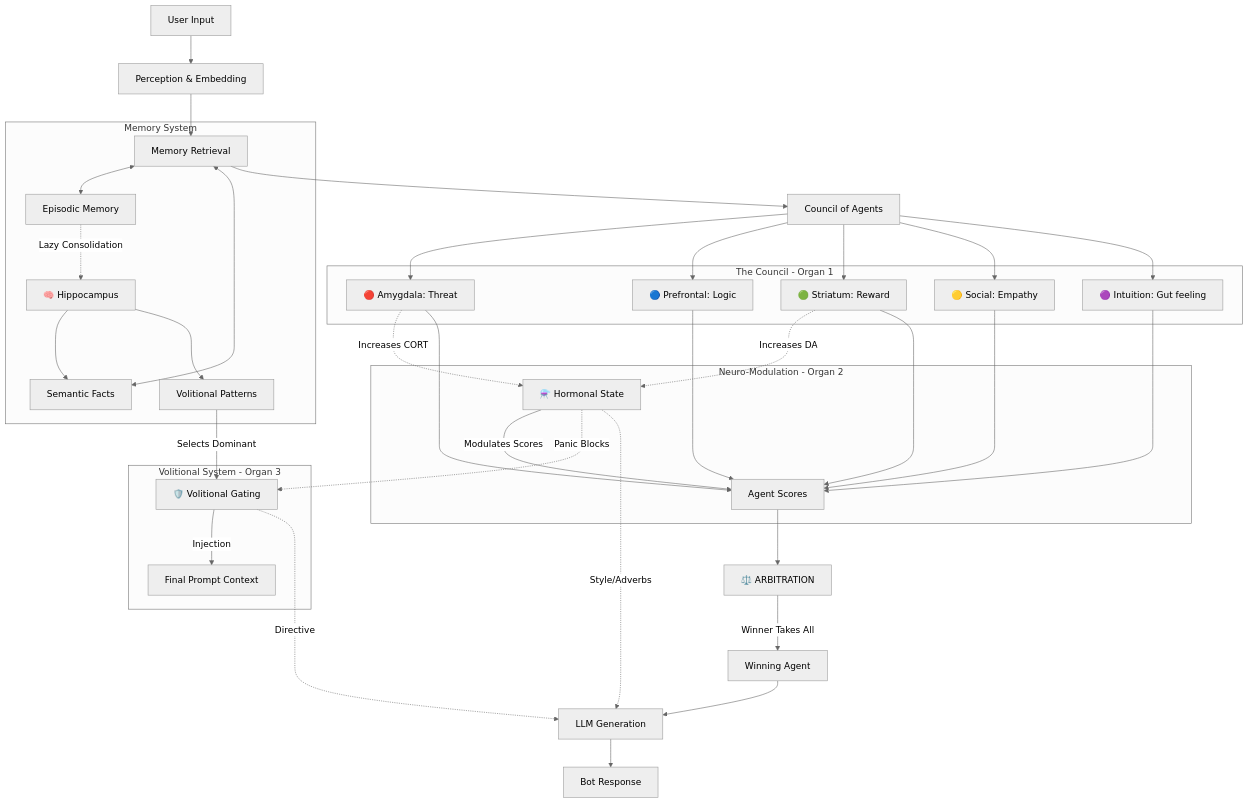
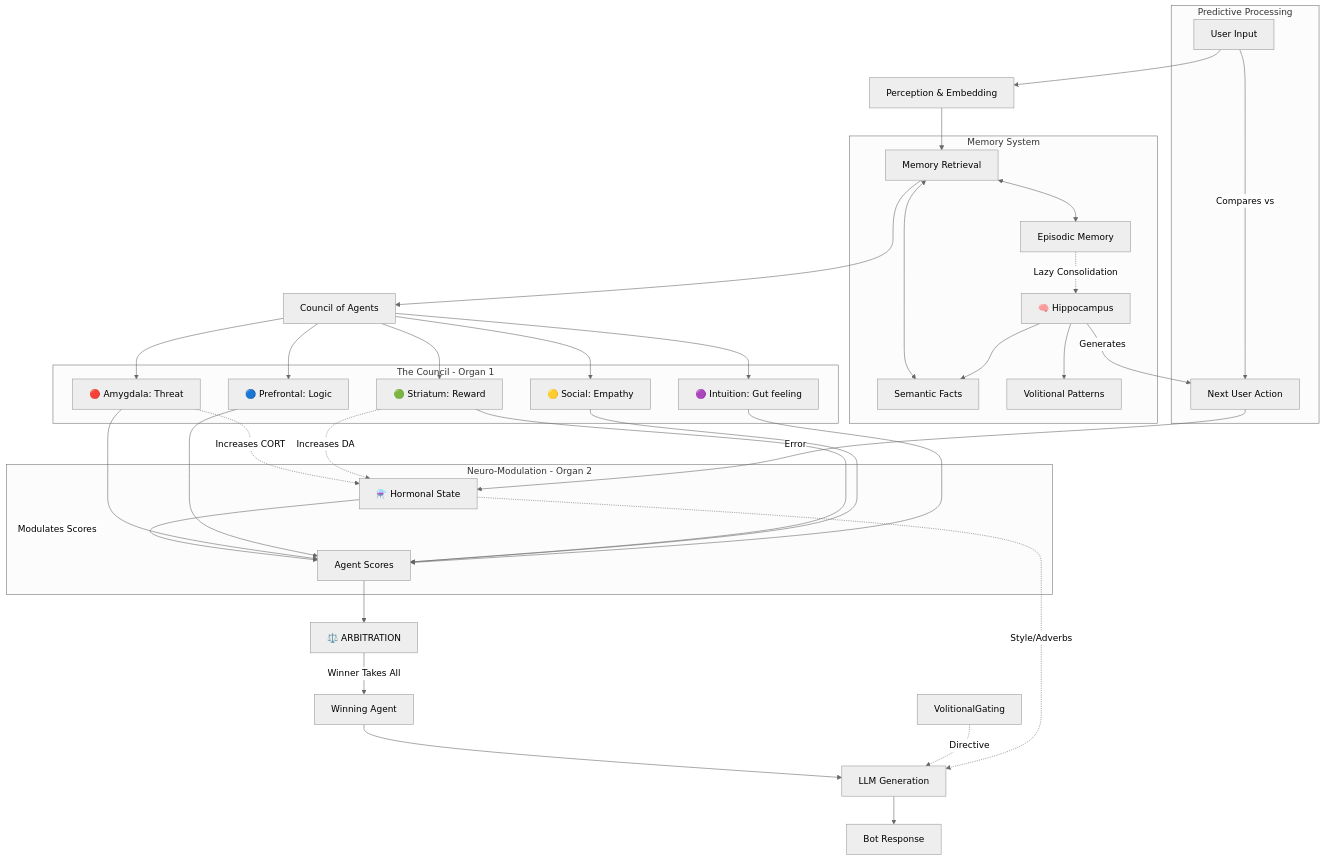
One commit to yserjjj-2022/r-bot changed the diagram in README.md. Above: the diagram before and after it, drawn with Mermaid (neutral theme). The commit also changed other lines of this file, not shown here.

Commit message:
Update README with Predictive Processing and Dopamine Modulation features

````diff
--- a/README.md
+++ b/README.md
@@ -36,55 +40,55 @@
 ```mermaid
 graph TD
     %% 1. INPUT
     User["User Input"] --> Perception["Perception & Embedding"]
     Perception --> Retrieval["Memory Retrieval"]
 
     %% 2. MEMORY
     subgraph MEMORY_SYSTEM ["Memory System"]
         Retrieval <--> Episodic["Episodic Memory"]
         Retrieval <--> Semantic["Semantic Facts"]
         Episodic -.->|Lazy Consolidation| Hippocampus["🧠 Hippocampus"]
         Hippocampus --> Semantic
         Hippocampus --> VolitionalPatterns["Volitional Patterns"]
     end
 
     %% 3. THE COUNCIL
     Retrieval --> Council["Council of Agents"]
     subgraph AGENTS ["The Council - Organ 1"]
         Amygdala["🔴 Amygdala: Threat"]
         Prefrontal["🔵 Prefrontal: Logic"]
         Striatum["🟢 Striatum: Reward"]
         Social["🟡 Social: Empathy"]
         Intuition["🟣 Intuition: Gut feeling"]
     end
     
     Council --> Amygdala & Prefrontal & Striatum & Social & Intuition
 
     %% 4. HORMONES
     subgraph HORMONES ["Neuro-Modulation - Organ 2"]
         Chemistry["⚗️ Hormonal State"]
         Chemistry -->|Modulates Scores| AgentScores["Agent Scores"]
         Amygdala -.->|Increases CORT| Chemistry
         Striatum -.->|Increases DA| Chemistry
     end
 
     Amygdala & Prefrontal & Striatum & Social & Intuition --> AgentScores
 
-    %% 5. VOLITION
-    subgraph VOLITION ["Volitional System - Organ 3"]
-        VolitionalPatterns -->|Selects Dominant| VolitionalGating["🛡️ Volitional Gating"]
-        VolitionalGating -->|Injection| PromptContext["Final Prompt Context"]
-        Chemistry -.->|Panic Blocks| VolitionalGating
+    %% 5. PREDICTION
+    subgraph PREDICTION ["Predictive Processing"]
+        Hippocampus -->|Generates| Hypothesis["Next User Action"]
+        User -->|Compares vs| Hypothesis
+        Hypothesis -->|Error| Chemistry
     end
 
     %% 6. ARBITRATION
     AgentScores --> Arbitration["⚖️ ARBITRATION"]
     Arbitration -->|Winner Takes All| Winner["Winning Agent"]
     
     %% RESPONSE
     Winner --> LLM_Generation["LLM Generation"]
     VolitionalGating -.->|Directive| LLM_Generation
     Chemistry -.->|Style/Adverbs| LLM_Generation
     
     LLM_Generation --> Response["Bot Response"]
 ```
````
